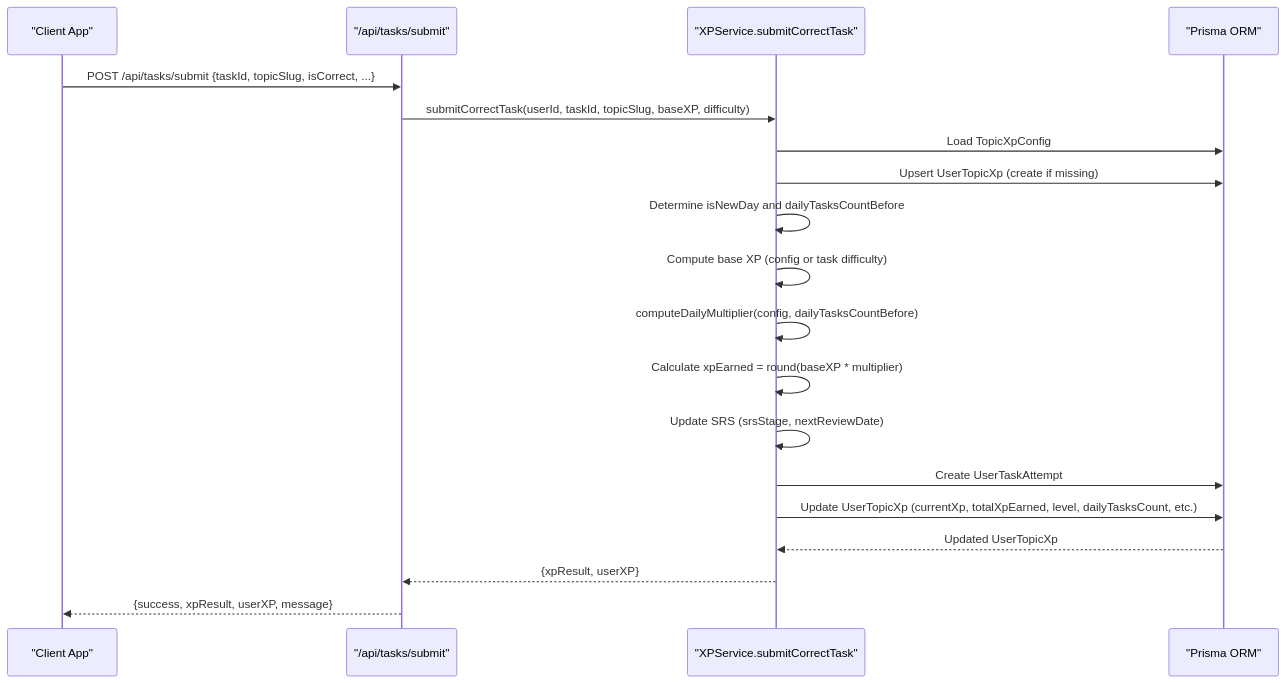
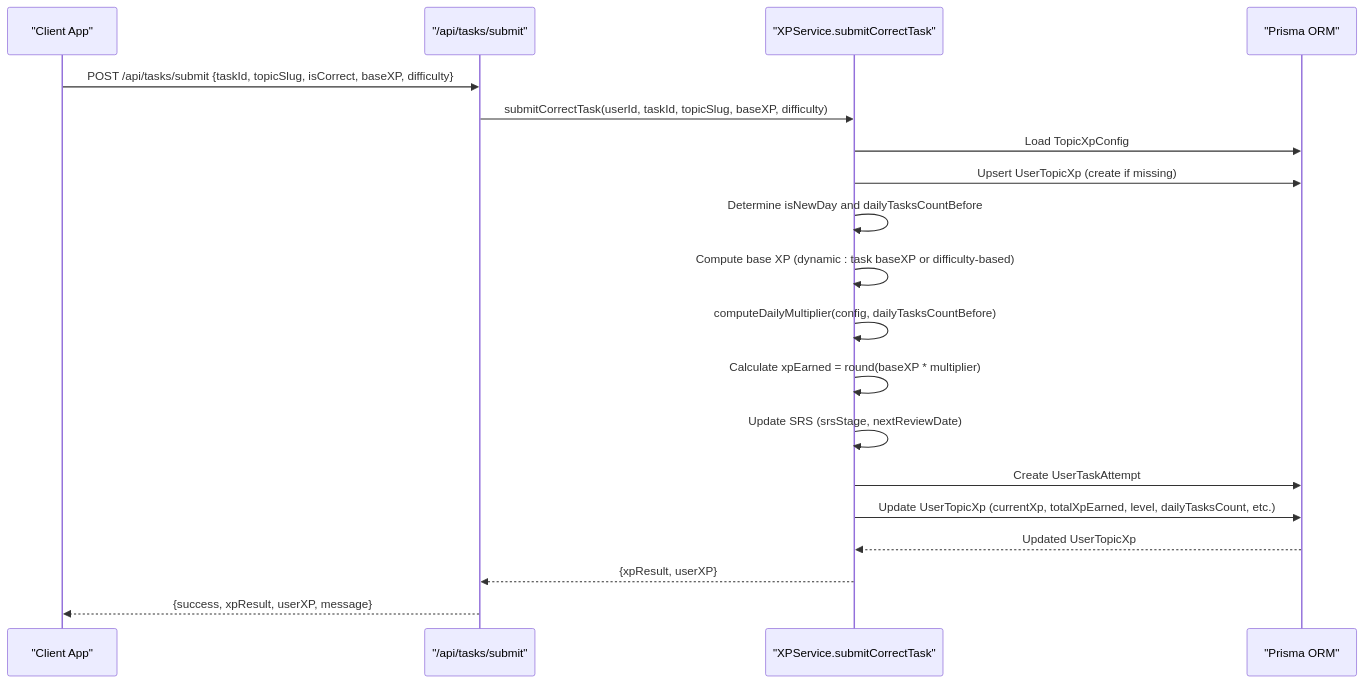
One commit to AlexKutz/math-app-next-js changed the second of 6 diagrams in .qoder/repowiki/en/content/Core Features/Gamification System/XP Calculation Engine.md. Above: the diagram before and after it, drawn with Mermaid. The commit also changed other lines of this file and 9 other files, not shown here.

````diff
--- a/.qoder/repowiki/en/content/Core Features/Gamification System/XP Calculation Engine.md
+++ b/.qoder/repowiki/en/content/Core Features/Gamification System/XP Calculation Engine.md
@@ -91,21 +110,21 @@
 ```mermaid
 sequenceDiagram
 participant Client as "Client App"
 participant API as "/api/tasks/submit"
 participant Service as "XPService.submitCorrectTask"
 participant DB as "Prisma ORM"
-Client->>API : POST /api/tasks/submit {taskId, topicSlug, isCorrect, ...}
+Client->>API : POST /api/tasks/submit {taskId, topicSlug, isCorrect, baseXP, difficulty}
 API->>Service : submitCorrectTask(userId, taskId, topicSlug, baseXP, difficulty)
 Service->>DB : Load TopicXpConfig
 Service->>DB : Upsert UserTopicXp (create if missing)
 Service->>Service : Determine isNewDay and dailyTasksCountBefore
-Service->>Service : Compute base XP (config or task difficulty)
+Service->>Service : Compute base XP (dynamic : task baseXP or difficulty-based)
 Service->>Service : computeDailyMultiplier(config, dailyTasksCountBefore)
 Service->>Service : Calculate xpEarned = round(baseXP * multiplier)
 Service->>Service : Update SRS (srsStage, nextReviewDate)
 Service->>DB : Create UserTaskAttempt
 Service->>DB : Update UserTopicXp (currentXp, totalXpEarned, level, dailyTasksCount, etc.)
 DB-->>Service : Updated UserTopicXp
 Service-->>API : {xpResult, userXP}
 API-->>Client : {success, xpResult, userXP, message}
 ```
````
